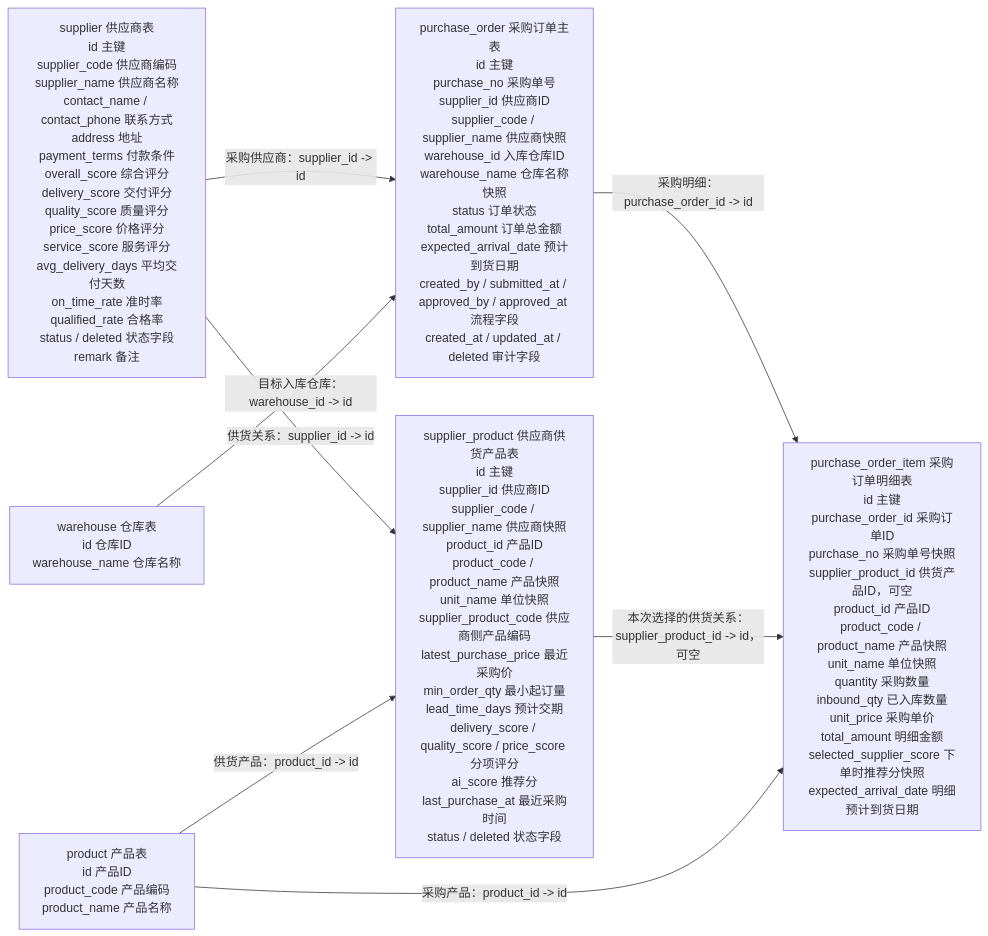
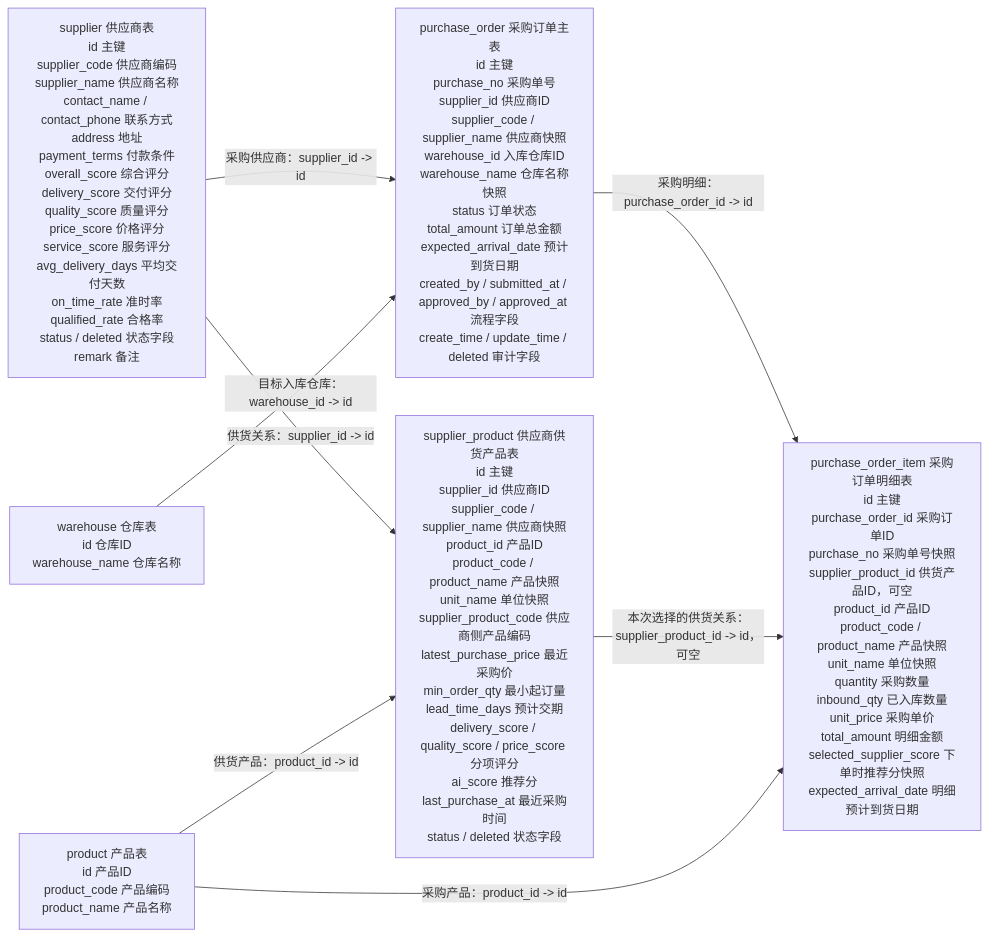
One commit to LI-S-H/qiheng-erp changed the eighth of 11 diagrams in docs/database/mvp-database-design-overview.md. Above: the diagram before and after it, drawn with Mermaid. The commit also changed other lines of this file and 69 other files, not shown here.

````diff
--- a/docs/database/mvp-database-design-overview.md
+++ b/docs/database/mvp-database-design-overview.md
@@ -711,17 +711,17 @@
 ```mermaid
 flowchart LR
     supplier["supplier 供应商表<br/>id 主键<br/>supplier_code 供应商编码<br/>supplier_name 供应商名称<br/>contact_name / contact_phone 联系方式<br/>address 地址<br/>payment_terms 付款条件<br/>overall_score 综合评分<br/>delivery_score 交付评分<br/>quality_score 质量评分<br/>price_score 价格评分<br/>service_score 服务评分<br/>avg_delivery_days 平均交付天数<br/>on_time_rate 准时率<br/>qualified_rate 合格率<br/>status / deleted 状态字段<br/>remark 备注"]
     supplierProduct["supplier_product 供应商供货产品表<br/>id 主键<br/>supplier_id 供应商ID<br/>supplier_code / supplier_name 供应商快照<br/>product_id 产品ID<br/>product_code / product_name 产品快照<br/>unit_name 单位快照<br/>supplier_product_code 供应商侧产品编码<br/>latest_purchase_price 最近采购价<br/>min_order_qty 最小起订量<br/>lead_time_days 预计交期<br/>delivery_score / quality_score / price_score 分项评分<br/>ai_score 推荐分<br/>last_purchase_at 最近采购时间<br/>status / deleted 状态字段"]
-    purchaseOrder["purchase_order 采购订单主表<br/>id 主键<br/>purchase_no 采购单号<br/>supplier_id 供应商ID<br/>supplier_code / supplier_name 供应商快照<br/>warehouse_id 入库仓库ID<br/>warehouse_name 仓库名称快照<br/>status 订单状态<br/>total_amount 订单总金额<br/>expected_arrival_date 预计到货日期<br/>created_by / submitted_at / approved_by / approved_at 流程字段<br/>created_at / updated_at / deleted 审计字段"]
+    purchaseOrder["purchase_order 采购订单主表<br/>id 主键<br/>purchase_no 采购单号<br/>supplier_id 供应商ID<br/>supplier_code / supplier_name 供应商快照<br/>warehouse_id 入库仓库ID<br/>warehouse_name 仓库名称快照<br/>status 订单状态<br/>total_amount 订单总金额<br/>expected_arrival_date 预计到货日期<br/>created_by / submitted_at / approved_by / approved_at 流程字段<br/>create_time / update_time / deleted 审计字段"]
     purchaseItem["purchase_order_item 采购订单明细表<br/>id 主键<br/>purchase_order_id 采购订单ID<br/>purchase_no 采购单号快照<br/>supplier_product_id 供货产品ID，可空<br/>product_id 产品ID<br/>product_code / product_name 产品快照<br/>unit_name 单位快照<br/>quantity 采购数量<br/>inbound_qty 已入库数量<br/>unit_price 采购单价<br/>total_amount 明细金额<br/>selected_supplier_score 下单时推荐分快照<br/>expected_arrival_date 明细预计到货日期"]
     productRef["product 产品表<br/>id 产品ID<br/>product_code 产品编码<br/>product_name 产品名称"]
     warehouseRef["warehouse 仓库表<br/>id 仓库ID<br/>warehouse_name 仓库名称"]
 
     supplier -->|"供货关系：supplier_id -> id"| supplierProduct
     productRef -->|"供货产品：product_id -> id"| supplierProduct
     supplier -->|"采购供应商：supplier_id -> id"| purchaseOrder
     warehouseRef -->|"目标入库仓库：warehouse_id -> id"| purchaseOrder
     purchaseOrder -->|"采购明细：purchase_order_id -> id"| purchaseItem
     supplierProduct -->|"本次选择的供货关系：supplier_product_id -> id，可空"| purchaseItem
     productRef -->|"采购产品：product_id -> id"| purchaseItem
 ```
````
